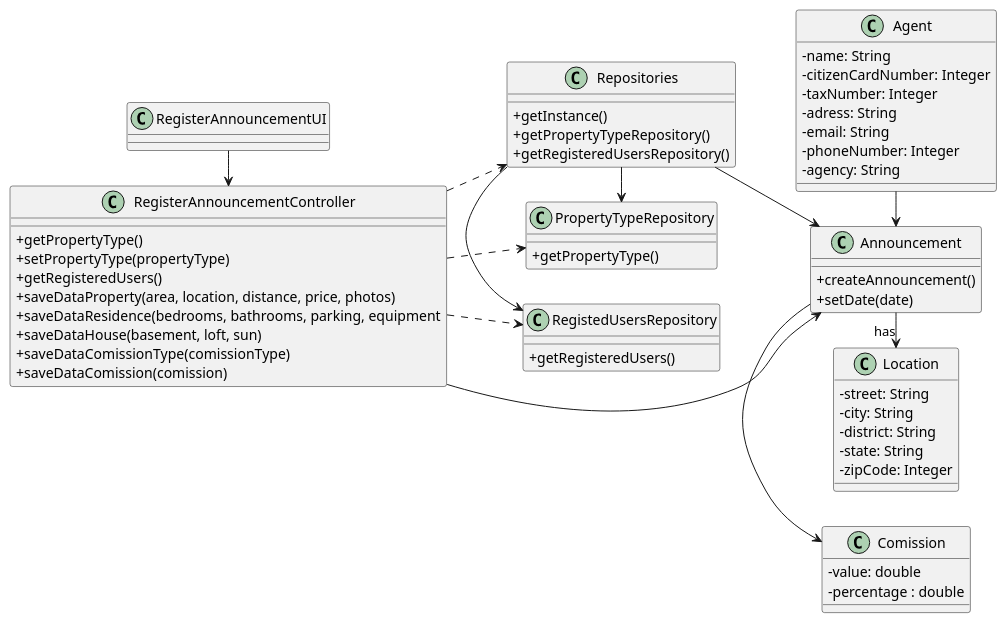
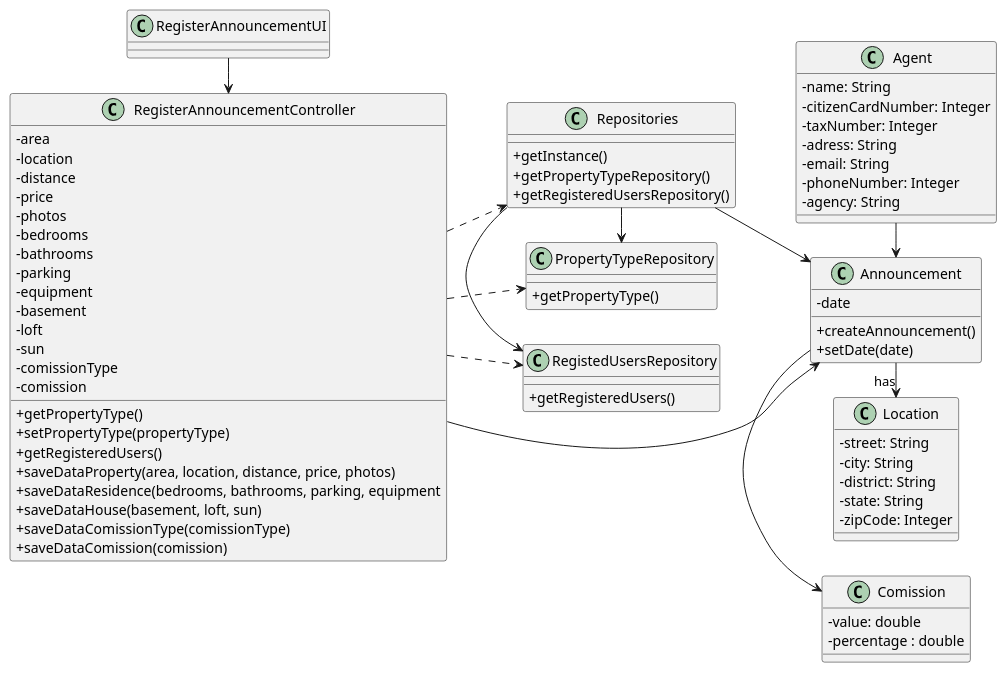
Before and after one commit to 1220812/LAPR2: the diagram in docs/sprintB/us002/03.design/puml/us002-class-diagram.puml, drawn with PlantUML. The commit also changed 1 other file, not shown here.

```diff
--- a/docs/sprintB/us002/03.design/puml/us002-class-diagram.puml
+++ b/docs/sprintB/us002/03.design/puml/us002-class-diagram.puml
@@ -1,88 +1,103 @@
 @startuml
 'skinparam monochrome true
 skinparam packageStyle rectangle
 skinparam shadowing false
 skinparam linetype polyline
 skinparam linetype orto
 
 skinparam classAttributeIconSize 0
 
 left to right direction
 
 class RegisterAnnouncementUI
 
 class RegisterAnnouncementController
 {
+    -area
+    -location
+    -distance
+    -price
+    -photos
+    -bedrooms
+    -bathrooms
+    -parking
+    -equipment
+    -basement
+    -loft
+    -sun
+    -comissionType
+    -comission
     +getPropertyType()
     +setPropertyType(propertyType)
     +getRegisteredUsers()
     +saveDataProperty(area, location, distance, price, photos)
     +saveDataResidence(bedrooms, bathrooms, parking, equipment
     +saveDataHouse(basement, loft, sun)
     +saveDataComissionType(comissionType)
     +saveDataComission(comission)
 }
 
 class Repositories
 {
     +getInstance()
     +getPropertyTypeRepository()
     +getRegisteredUsersRepository()
 }
 
 class PropertyTypeRepository
 {
     +getPropertyType()
 }
 
 class RegistedUsersRepository
 {
     +getRegisteredUsers()
 }
 
 class Announcement
 {
+    -date
     +createAnnouncement()
     +setDate(date)
 }
 
 class Comission
 {
     -value: double
     -percentage : double
 }
 
 class Agent
 {
     -name: String
     -citizenCardNumber: Integer
     -taxNumber: Integer
     -adress: String
     -email: String
     -phoneNumber: Integer
     -agency: String
 }
 
 Class Location
 {
     -street: String
     -city: String
     -district: String
     -state: String
     -zipCode: Integer
 }
 
 
 
 RegisterAnnouncementUI -> RegisterAnnouncementController
 RegisterAnnouncementController .> Repositories
 Repositories -> Announcement
 Repositories -> RegistedUsersRepository
 Repositories -> PropertyTypeRepository
 RegisterAnnouncementController ---> Announcement
 RegisterAnnouncementController ..> RegistedUsersRepository
 RegisterAnnouncementController ..> PropertyTypeRepository
 Agent -> Announcement
 Announcement -> Comission
 Announcement -> "has" Location
 @enduml
```
